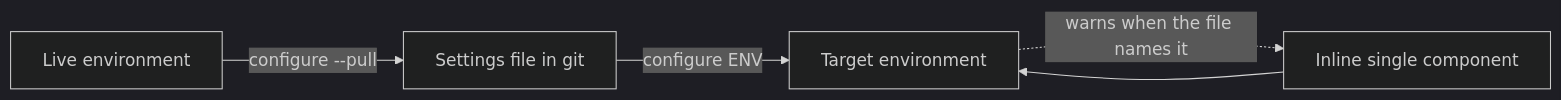
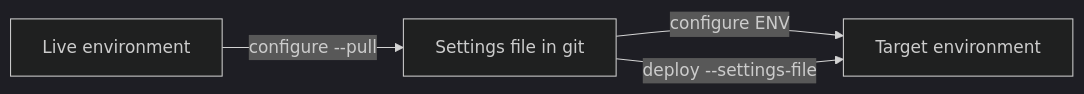
One commit to RemyDuijkeren/Flowline changed the diagram in docs/plans/2026-09-05-1332-feat-environment-configure-command-plan.md. Above: the diagram before and after it, drawn with Mermaid (dark theme). The commit also changed other lines of this file and 2 other files, not shown here.

First line of the commit message:
docs(plan): revert absence semantics, widen deploy, split out inline

````diff
--- a/docs/plans/2026-09-05-1332-feat-environment-configure-command-plan.md
+++ b/docs/plans/2026-09-05-1332-feat-environment-configure-command-plan.md
@@ -122,7 +114,6 @@
 ```mermaid
 flowchart LR
   ENV[Live environment] -->|configure --pull| FILE[Settings file in git]
   FILE -->|configure ENV| A[Target environment]
-  INLINE[Inline single component] --> A
-  A -.->|warns when the file names it| INLINE
+  FILE -->|deploy --settings-file| A
 ```
````
